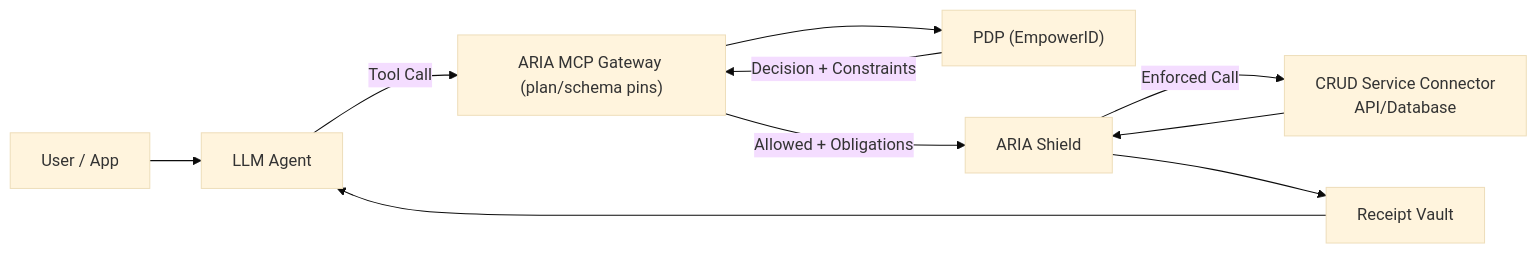
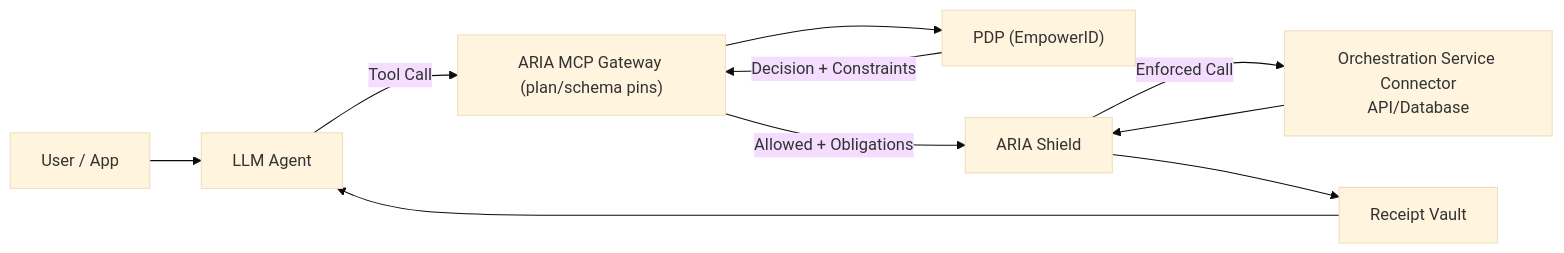
Before and after one commit to empowerID/empowernow_docs: the diagram in marketing_plan/investor_pitch6a.md, drawn with Mermaid (base theme). The commit also changed other lines of this file and 82 other files, not shown here.

````diff
--- a/marketing_plan/investor_pitch6a.md
+++ b/marketing_plan/investor_pitch6a.md
@@ -140,12 +140,12 @@
 ```mermaid
 flowchart LR
   U[User / App] --> A[LLM Agent]
   A -->|Tool Call| G["ARIA MCP Gateway (plan/schema pins)"]
   G --> P["PDP (EmpowerID)"]
   P -->|Decision + Constraints| G
   G -->|Allowed + Obligations| S[ARIA Shield]
-  S -->|Enforced Call| T["CRUD Service Connector<br/>API/Database"]
+  S -->|Enforced Call| T["Orchestration Service Connector<br/>API/Database"]
   T --> S
   S --> R[Receipt Vault]
   R --> A
 ```
````
